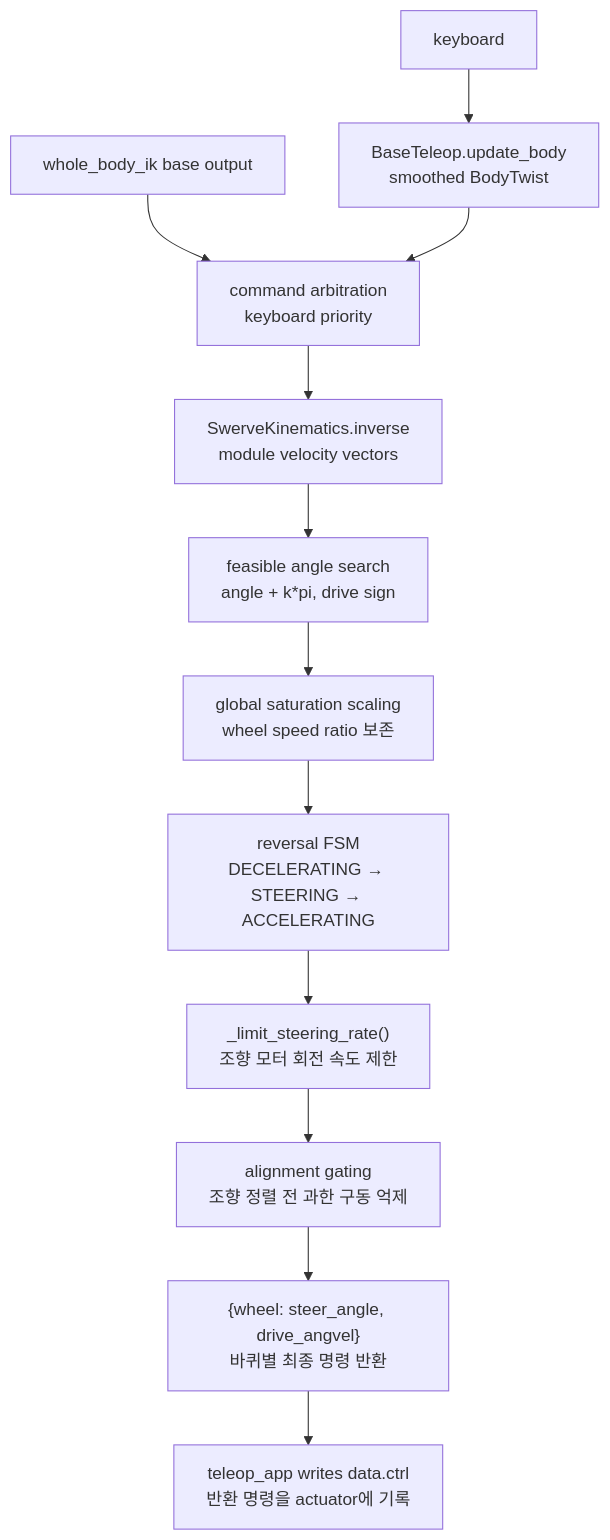
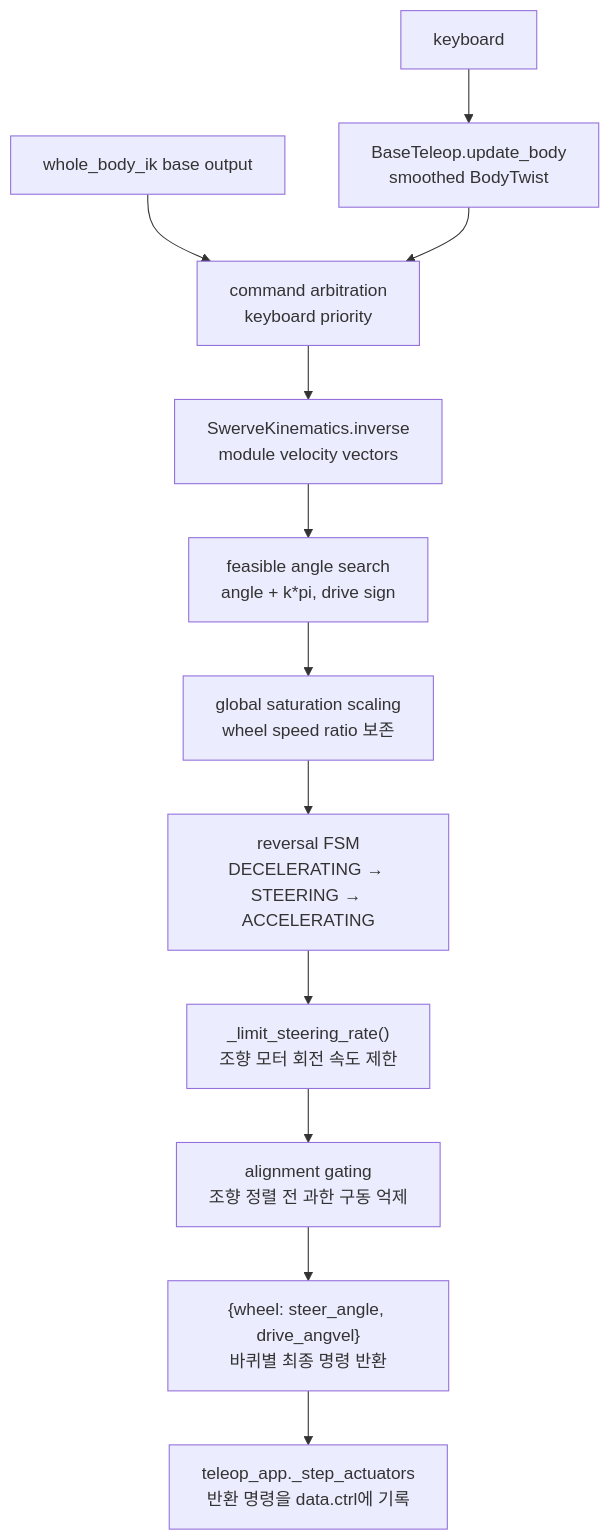
Before and after one commit to ggh-png/ffw-sh5-grasp: the diagram in docs/guide/base_teleop.md, drawn with Mermaid. The commit also changed other lines of this file and 9 other files, not shown here.

````diff
--- a/docs/guide/base_teleop.md
+++ b/docs/guide/base_teleop.md
@@ -99,14 +107,14 @@
 ```mermaid
 flowchart TD
     A["keyboard"] --> B["BaseTeleop.update_body<br>smoothed BodyTwist"]
     W["whole_body_ik base output"] --> C["command arbitration<br>keyboard priority"]
     B --> C
     C --> F["SwerveKinematics.inverse<br>module velocity vectors"]
     F --> G["feasible angle search<br>angle + k*pi, drive sign"]
     G --> GS["global saturation scaling<br>wheel speed ratio 보존"]
     GS --> H["reversal FSM<br>DECELERATING → STEERING → ACCELERATING"]
     H --> I["_limit_steering_rate()<br>조향 모터 회전 속도 제한"]
     I --> J["alignment gating<br>조향 정렬 전 과한 구동 억제"]
     J --> L["{wheel: steer_angle, drive_angvel}<br>바퀴별 최종 명령 반환"]
-    L --> M["teleop_app writes data.ctrl<br>반환 명령을 actuator에 기록"]
+    L --> M["teleop_app._step_actuators<br>반환 명령을 data.ctrl에 기록"]
 ```
````
